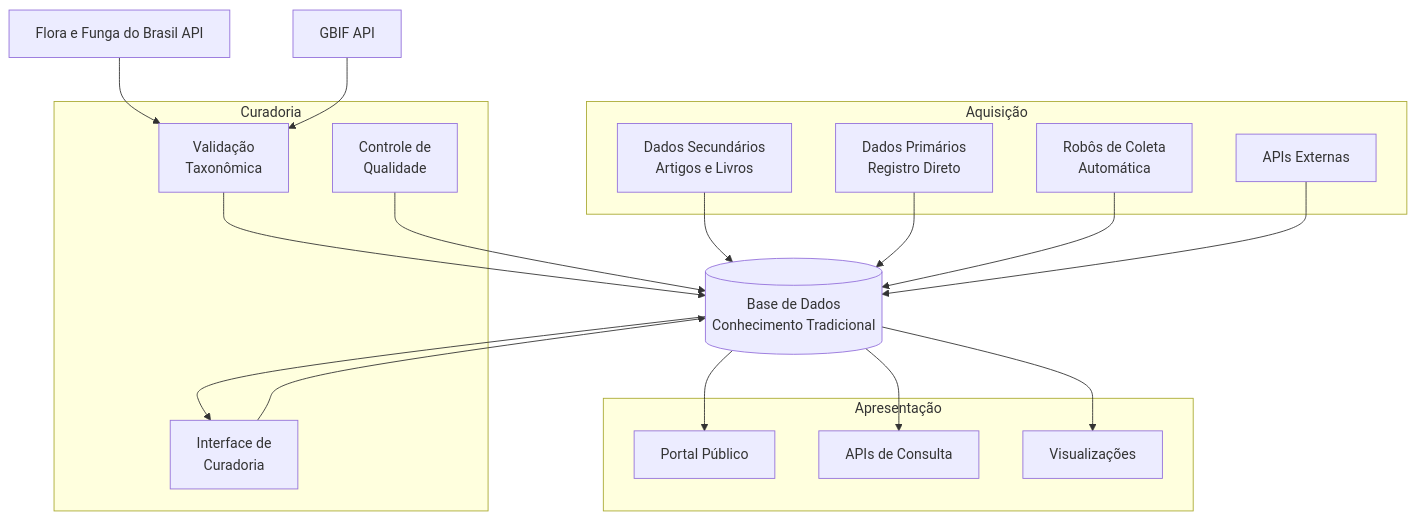
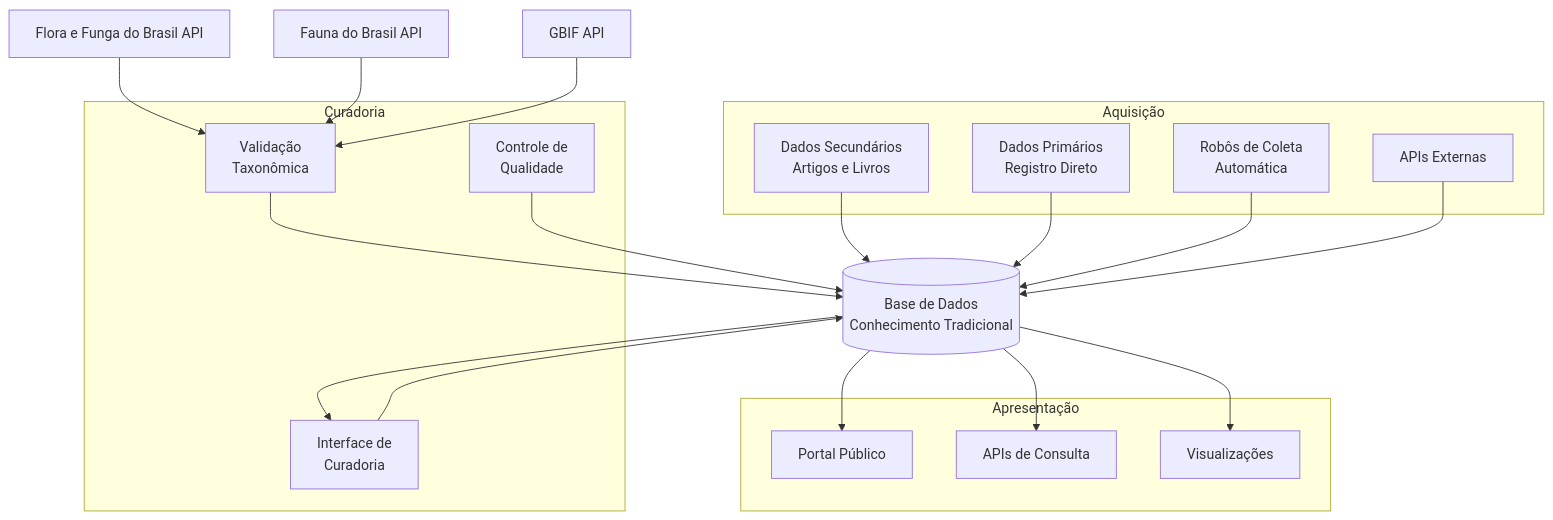
One commit to edalcin/etnoArquitetura changed the first of 3 diagrams in README.md. Above: the diagram before and after it, drawn with Mermaid. The commit also changed other lines of this file and 4 other files, not shown here.

````diff
--- a/README.md
+++ b/README.md
@@ -80,40 +80,41 @@
 ```mermaid
 graph TB
     subgraph Aquisição
         A1[Dados Secundários<br/>Artigos e Livros]
         A2[Dados Primários<br/>Registro Direto]
         A3[Robôs de Coleta<br/>Automática]
         A4[APIs Externas]
     end
 
     subgraph Curadoria
         C1[Interface de<br/>Curadoria]
         C2[Validação<br/>Taxonômica]
         C3[Controle de<br/>Qualidade]
     end
 
     subgraph Apresentação
         P1[Portal Público]
         P2[APIs de Consulta]
         P3[Visualizações]
     end
 
     DB[(Base de Dados<br/>Conhecimento Tradicional)]
 
     A1 --> DB
     A2 --> DB
     A3 --> DB
     A4 --> DB
 
     DB --> C1
     C1 --> DB
     C2 --> DB
     C3 --> DB
 
     DB --> P1
     DB --> P2
     DB --> P3
 
     EXT1[Flora e Funga do Brasil API] --> C2
-    EXT2[GBIF API] --> C2
+    EXT2[Fauna do Brasil API] --> C2
+    EXT3[GBIF API] --> C2
 ```
````
